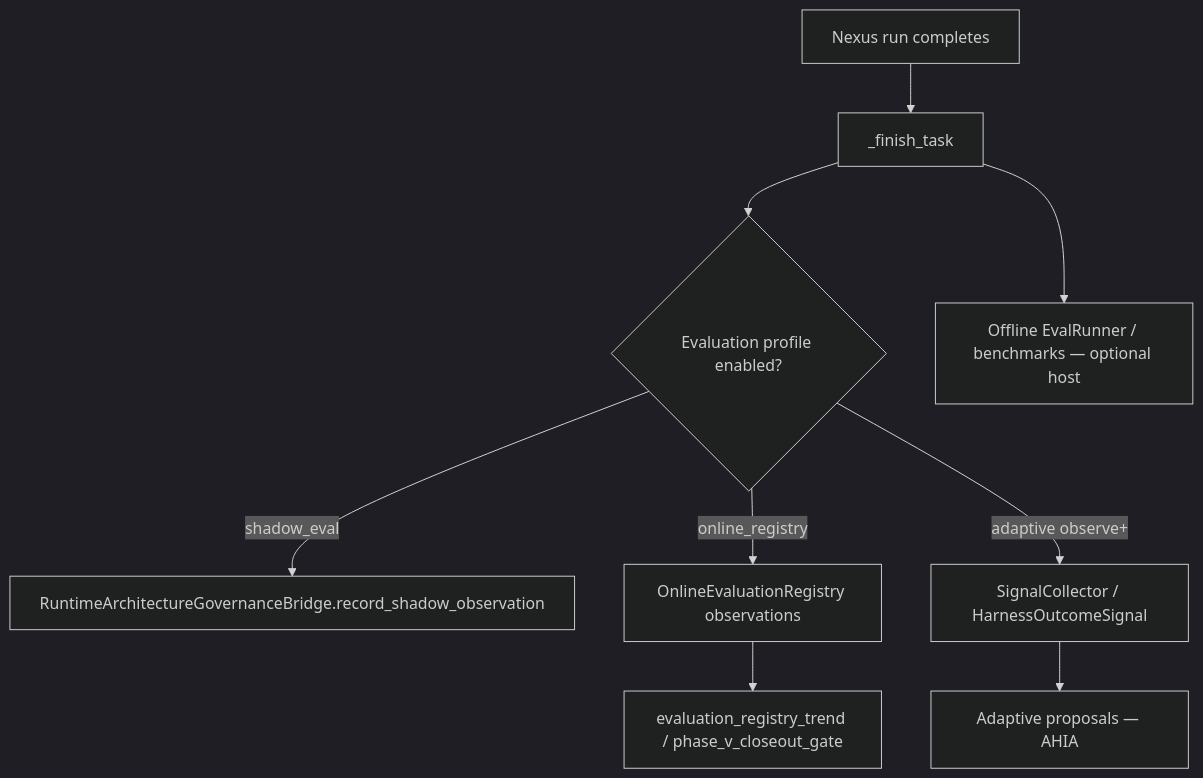
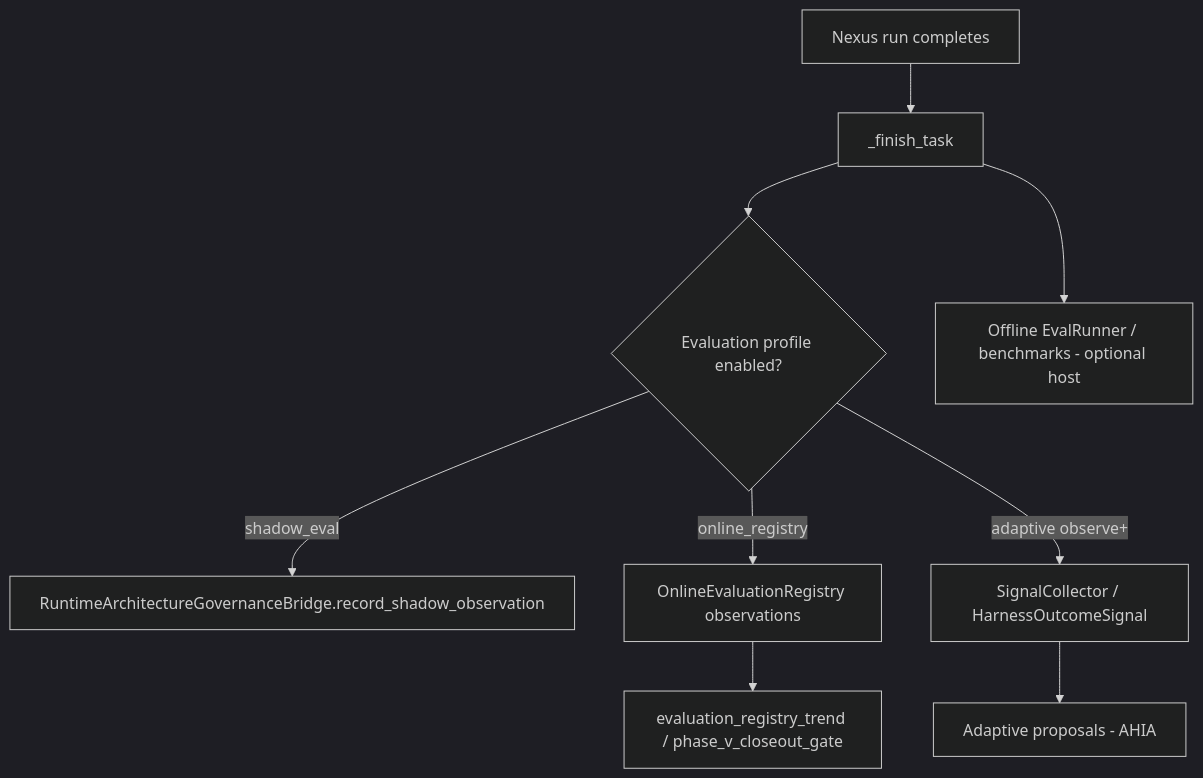
Before and after one commit to jakbuczarnecki/intergrax: the ninth of 9 diagrams in docs/project/architecture/satellites/NEXUS_EXECUTION_FLOW_extended_depth.md, drawn with Mermaid (dark theme). The commit also changed other lines of this file and 863 other files, not shown here.

````diff
--- a/docs/project/architecture/satellites/NEXUS_EXECUTION_FLOW_extended_depth.md
+++ b/docs/project/architecture/satellites/NEXUS_EXECUTION_FLOW_extended_depth.md
@@ -554,11 +554,11 @@
 ```mermaid
 flowchart TD
     RUN[Nexus run completes] --> FIN[_finish_task]
     FIN --> EVAL_HOOKS{Evaluation profile enabled?}
     EVAL_HOOKS -->|shadow_eval| SHADOW[RuntimeArchitectureGovernanceBridge.record_shadow_observation]
     EVAL_HOOKS -->|online_registry| REG[OnlineEvaluationRegistry observations]
     EVAL_HOOKS -->|adaptive observe+| SIG[SignalCollector / HarnessOutcomeSignal]
-    FIN --> OFFLINE[Offline EvalRunner / benchmarks — optional host]
+    FIN --> OFFLINE[Offline EvalRunner / benchmarks - optional host]
     REG --> TREND[evaluation_registry_trend / phase_v_closeout_gate]
-    SIG --> ADAPT[Adaptive proposals — AHIA]
+    SIG --> ADAPT[Adaptive proposals - AHIA]
 ```
````
